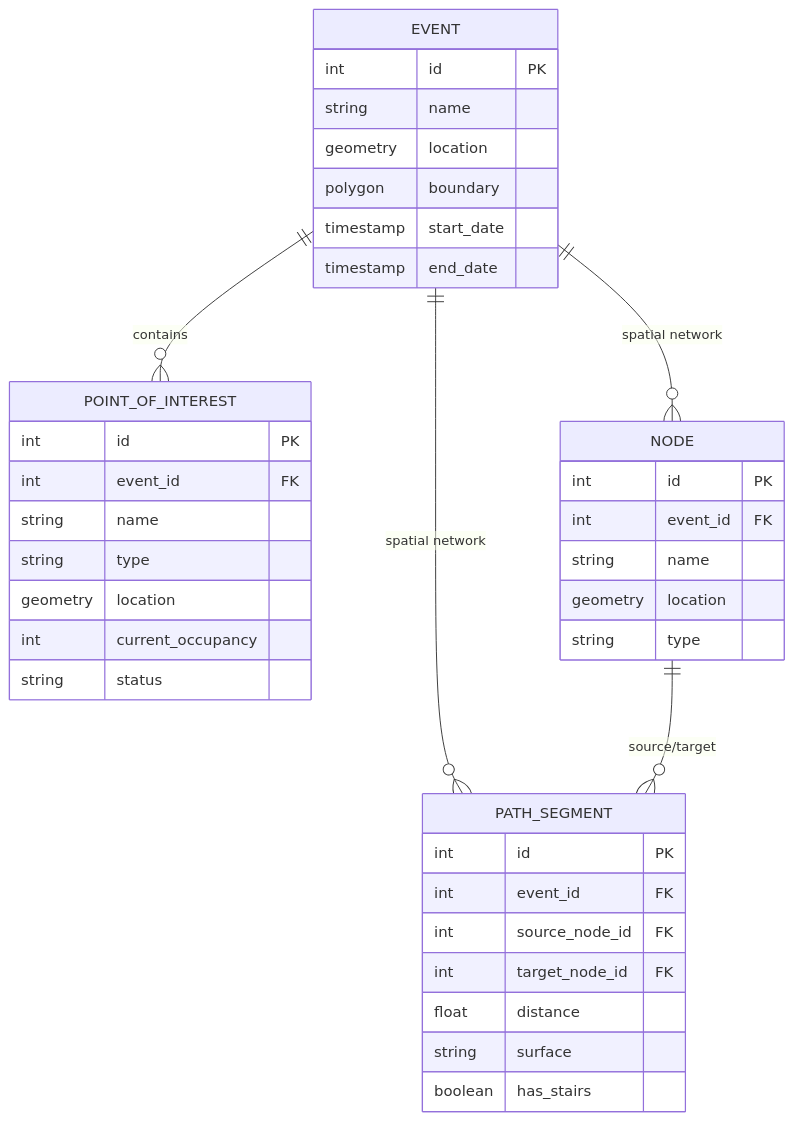
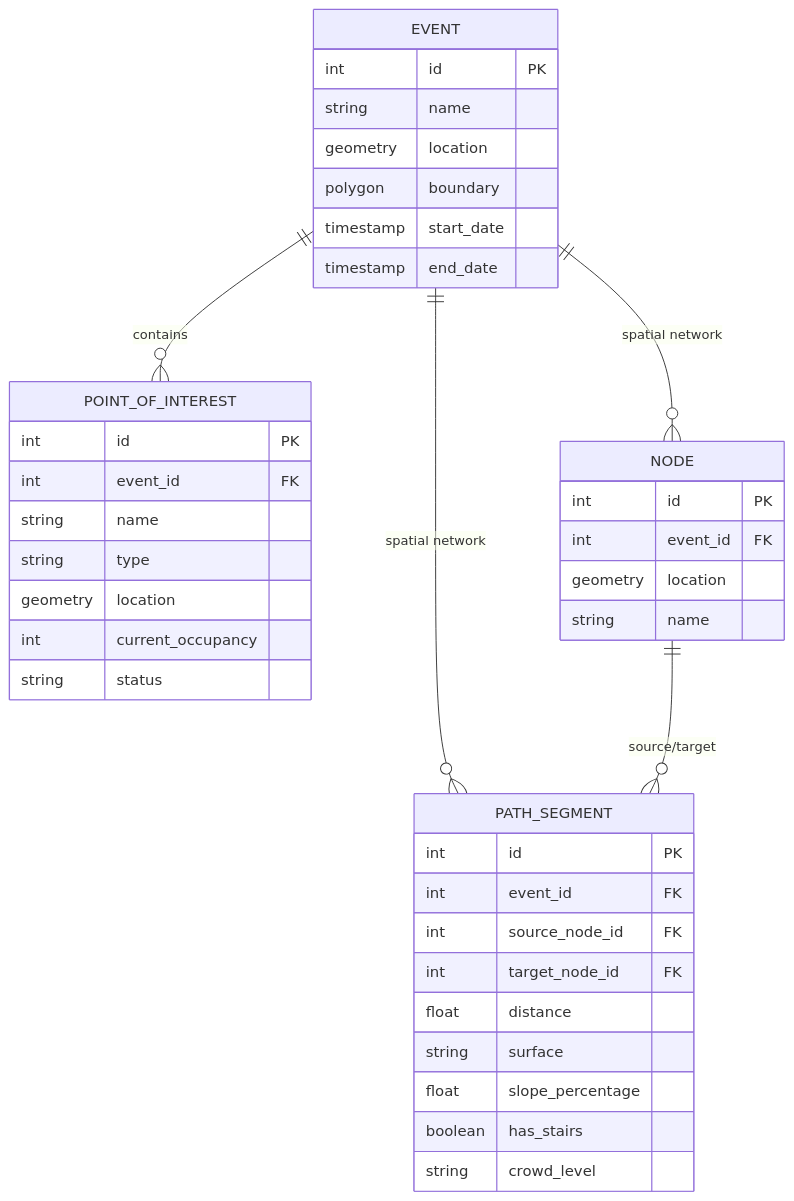
One commit to lattice-product-team/app_lattice_project changed the first of 2 diagrams in apps/docs/pages/architecture/database-schema.mdx. Above: the diagram before and after it, drawn with Mermaid. The commit also changed other lines of this file and 37 other files, not shown here.

Commit message:
refactor: remove ADR documents, update database schema, and add prototype UI assets

````diff
--- a/apps/docs/pages/architecture/database-schema.mdx
+++ b/apps/docs/pages/architecture/database-schema.mdx
@@ -13,44 +13,45 @@
 ```mermaid
 erDiagram
     EVENT ||--o{ POINT_OF_INTEREST : contains
     EVENT ||--o{ NODE : "spatial network"
     EVENT ||--o{ PATH_SEGMENT : "spatial network"
     NODE ||--o{ PATH_SEGMENT : "source/target"
 
     EVENT {
         int id PK
         string name
         geometry location
         polygon boundary
         timestamp start_date
         timestamp end_date
     }
 
     POINT_OF_INTEREST {
         int id PK
         int event_id FK
         string name
         string type
         geometry location
         int current_occupancy
         string status
     }
 
     NODE {
         int id PK
         int event_id FK
+        geometry location
         string name
-        geometry location
-        string type
     }
 
     PATH_SEGMENT {
         int id PK
         int event_id FK
         int source_node_id FK
         int target_node_id FK
         float distance
         string surface
+        float slope_percentage
         boolean has_stairs
+        string crowd_level
     }
 ```
````
